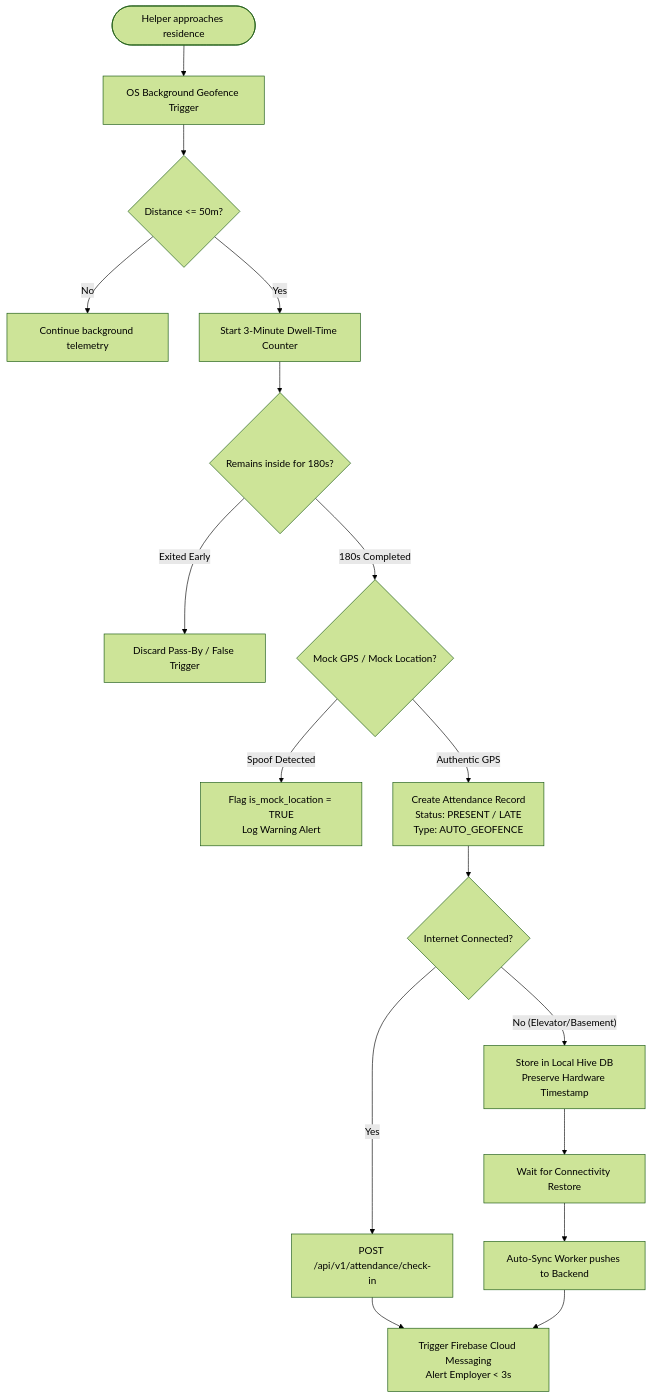
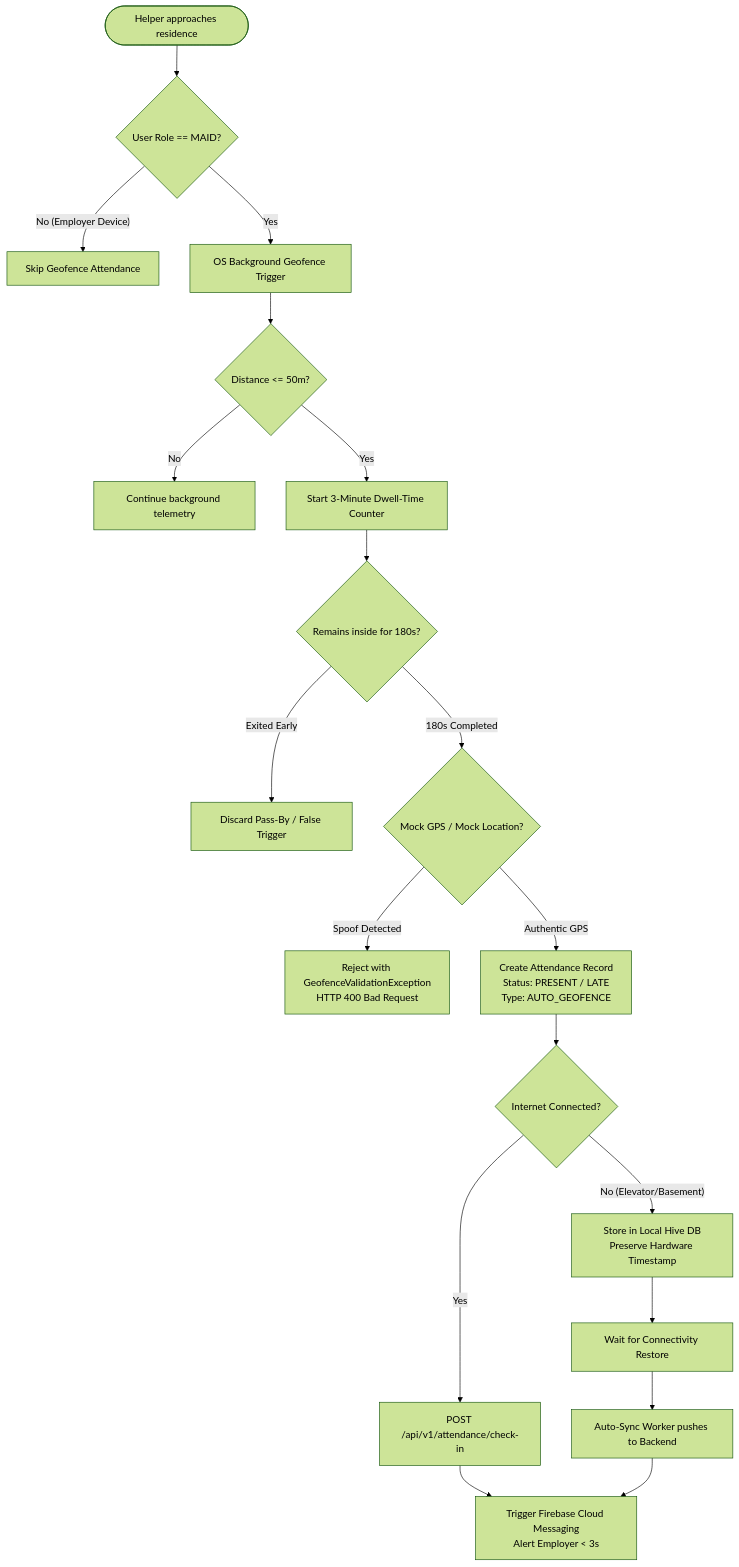
Before and after one commit to Anand9120/domestic-maid-attendance: the fifth of 11 diagrams in docs/SAHAYIKA_RFP_FUNCTIONAL_FLOW.md, drawn with Mermaid (forest theme). The commit also changed other lines of this file, not shown here.

Commit message:
docs: update RFP and Functional Flow Specification to v4.0 with security audit, 56 tests, and keep-alive cloud deployment

````diff
--- a/docs/SAHAYIKA_RFP_FUNCTIONAL_FLOW.md
+++ b/docs/SAHAYIKA_RFP_FUNCTIONAL_FLOW.md
@@ -160,23 +163,25 @@
 ```mermaid
 flowchart TD
-    Start([Helper approaches residence]) --> GPS[OS Background Geofence Trigger]
+    Start([Helper approaches residence]) --> RoleCheck{User Role == MAID?}
+    RoleCheck -- No (Employer Device) --> Abort[Skip Geofence Attendance]
+    RoleCheck -- Yes --> GPS[OS Background Geofence Trigger]
     GPS --> CheckRadius{Distance <= 50m?}
     CheckRadius -- No --> Wait[Continue background telemetry]
     CheckRadius -- Yes --> DwellTimer[Start 3-Minute Dwell-Time Counter]
 
     DwellTimer --> DwellCheck{Remains inside for 180s?}
     DwellCheck -- Exited Early --> Cancel[Discard Pass-By / False Trigger]
     DwellCheck -- 180s Completed --> SpoofCheck{Mock GPS / Mock Location?}
 
-    SpoofCheck -- Spoof Detected --> FlagFraud[Flag is_mock_location = TRUE<br>Log Warning Alert]
+    SpoofCheck -- Spoof Detected --> RejectFraud[Reject with GeofenceValidationException<br>HTTP 400 Bad Request]
     SpoofCheck -- Authentic GPS --> ValidCheckIn[Create Attendance Record<br>Status: PRESENT / LATE<br>Type: AUTO_GEOFENCE]
 
     ValidCheckIn --> OnlineCheck{Internet Connected?}
     OnlineCheck -- Yes --> PushBackend[POST /api/v1/attendance/check-in]
     OnlineCheck -- No (Elevator/Basement) --> BufferHive[Store in Local Hive DB<br>Preserve Hardware Timestamp]
 
     PushBackend --> SendFCM[Trigger Firebase Cloud Messaging<br>Alert Employer < 3s]
     BufferHive --> WaitNetwork[Wait for Connectivity Restore]
     WaitNetwork --> SyncWorker[Auto-Sync Worker pushes to Backend]
     SyncWorker --> SendFCM
 ```
````
